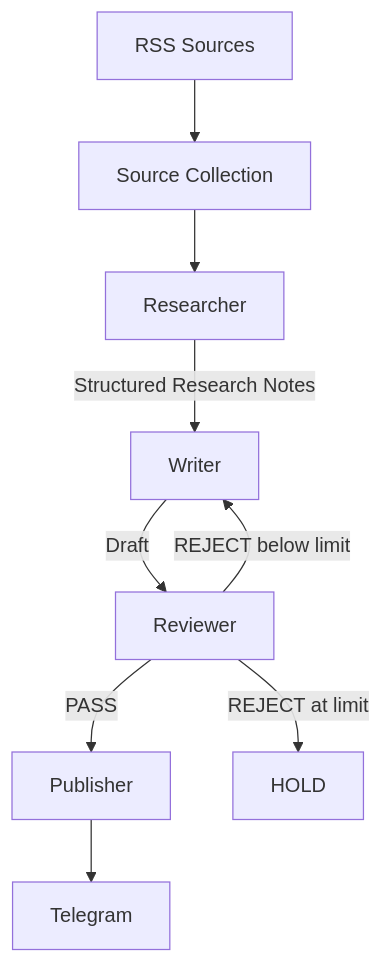
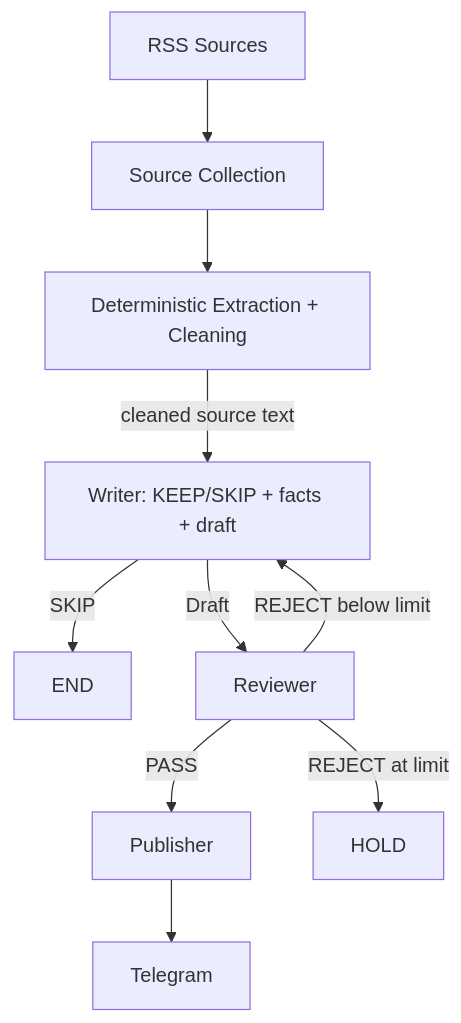
Before and after one commit to MartinKuai/chip-news-ai-workflow: the diagram in README.en.md, drawn with Mermaid. The commit also changed other lines of this file and 29 other files, not shown here.

````diff
--- a/README.en.md
+++ b/README.en.md
@@ -15,11 +15,12 @@
 ```mermaid
 flowchart TD
     A[RSS Sources] --> B[Source Collection]
-    B --> C[Researcher]
-    C -->|Structured Research Notes| D[Writer]
+    B --> C[Deterministic Extraction + Cleaning]
+    C -->|cleaned source text| D[Writer: KEEP/SKIP + facts + draft]
+    D -->|SKIP| Z[END]
     D -->|Draft| E[Reviewer]
     E -->|PASS| F[Publisher]
     E -->|REJECT below limit| D
     E -->|REJECT at limit| G[HOLD]
     F --> H[Telegram]
 ```
````
